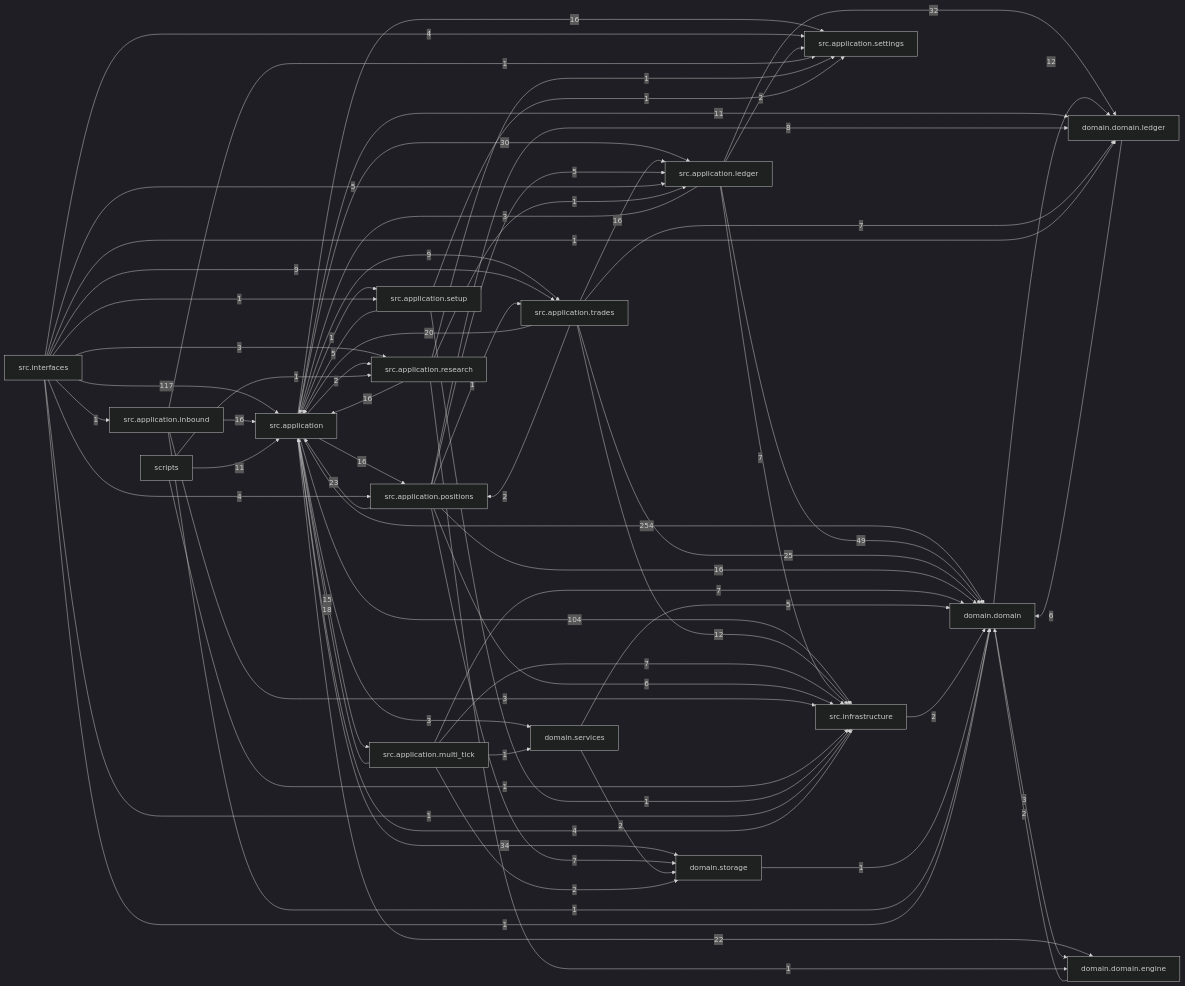
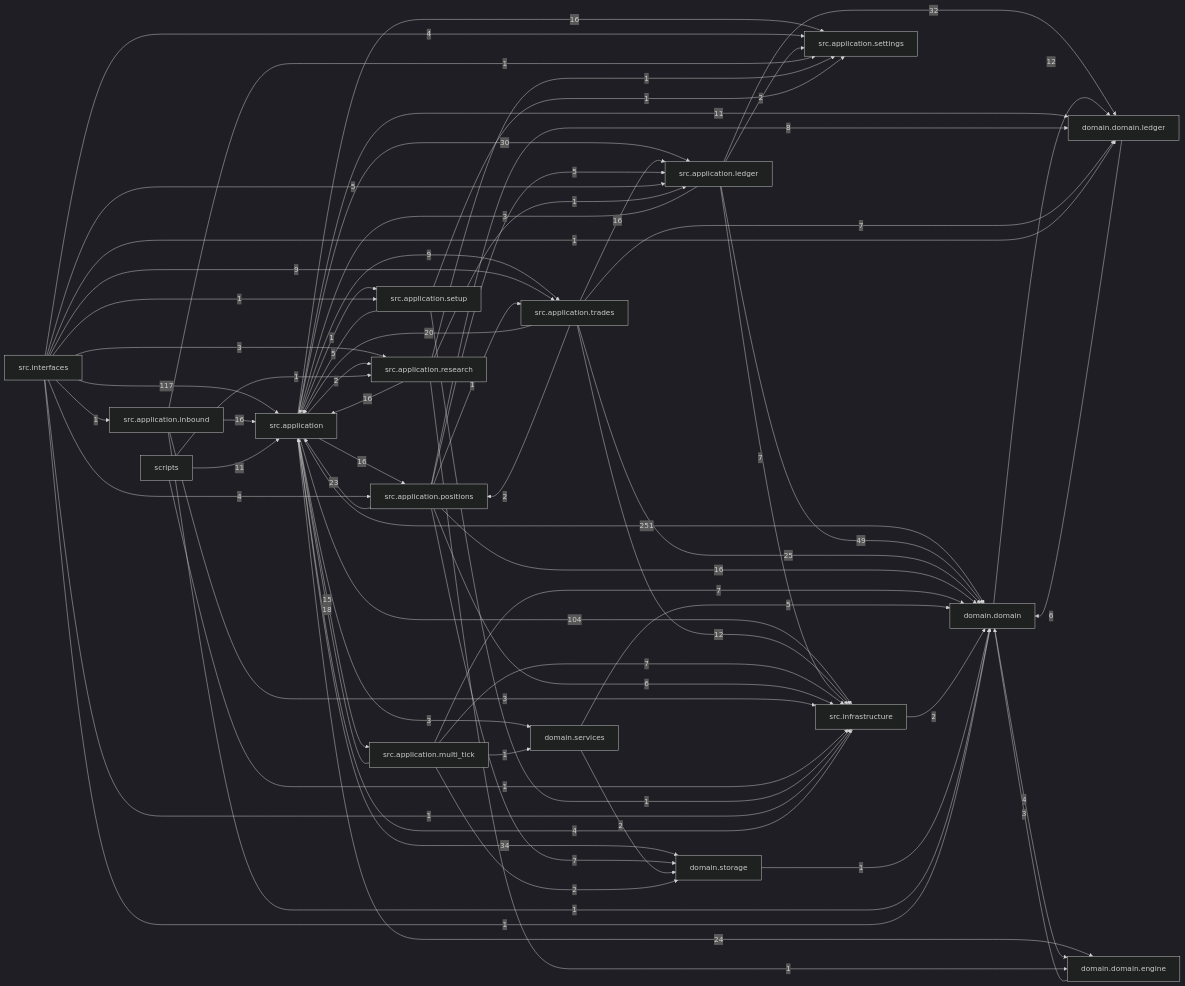
Before and after one commit to liuxie066/options-monitor: the diagram in docs/dependency_graph.mmd, drawn with Mermaid (dark theme). The commit also changed 32 other files, not shown here.

```diff
--- a/docs/dependency_graph.mmd
+++ b/docs/dependency_graph.mmd
@@ -1,71 +1,71 @@
 flowchart LR
-  src_application["src.application"] -->|254| domain_domain["domain.domain"]
+  src_application["src.application"] -->|251| domain_domain["domain.domain"]
   src_interfaces["src.interfaces"] -->|117| src_application["src.application"]
   src_application["src.application"] -->|104| src_infrastructure["src.infrastructure"]
   src_application_ledger["src.application.ledger"] -->|49| domain_domain["domain.domain"]
   src_application["src.application"] -->|34| domain_storage["domain.storage"]
   src_application_ledger["src.application.ledger"] -->|32| domain_domain_ledger["domain.domain.ledger"]
   src_application["src.application"] -->|30| src_application_ledger["src.application.ledger"]
   src_application_trades["src.application.trades"] -->|25| domain_domain["domain.domain"]
+  src_application["src.application"] -->|24| domain_domain_engine["domain.domain.engine"]
   src_application_positions["src.application.positions"] -->|23| src_application["src.application"]
-  src_application["src.application"] -->|22| domain_domain_engine["domain.domain.engine"]
   src_application_trades["src.application.trades"] -->|20| src_application["src.application"]
   src_application_multi_tick["src.application.multi_tick"] -->|18| src_application["src.application"]
   src_application["src.application"] -->|16| src_application_positions["src.application.positions"]
   src_application["src.application"] -->|16| src_application_settings["src.application.settings"]
   src_application_inbound["src.application.inbound"] -->|16| src_application["src.application"]
   src_application_positions["src.application.positions"] -->|16| domain_domain["domain.domain"]
   src_application_research["src.application.research"] -->|16| src_application["src.application"]
   src_application_trades["src.application.trades"] -->|16| src_application_ledger["src.application.ledger"]
   src_application["src.application"] -->|15| src_application_multi_tick["src.application.multi_tick"]
   domain_domain["domain.domain"] -->|12| domain_domain_ledger["domain.domain.ledger"]
   src_application_trades["src.application.trades"] -->|12| src_infrastructure["src.infrastructure"]
   scripts["scripts"] -->|11| src_application["src.application"]
   src_application["src.application"] -->|11| domain_domain_ledger["domain.domain.ledger"]
   src_application["src.application"] -->|9| src_application_trades["src.application.trades"]
   src_interfaces["src.interfaces"] -->|9| src_application_trades["src.application.trades"]
   src_application_positions["src.application.positions"] -->|8| domain_domain_ledger["domain.domain.ledger"]
   src_application_ledger["src.application.ledger"] -->|7| src_infrastructure["src.infrastructure"]
   src_application_multi_tick["src.application.multi_tick"] -->|7| domain_domain["domain.domain"]
   src_application_multi_tick["src.application.multi_tick"] -->|7| src_infrastructure["src.infrastructure"]
   src_application_positions["src.application.positions"] -->|7| domain_storage["domain.storage"]
   src_application_trades["src.application.trades"] -->|7| domain_domain_ledger["domain.domain.ledger"]
   domain_domain_ledger["domain.domain.ledger"] -->|6| domain_domain["domain.domain"]
   src_application_positions["src.application.positions"] -->|6| src_infrastructure["src.infrastructure"]
   domain_services["domain.services"] -->|5| domain_domain["domain.domain"]
   src_application_positions["src.application.positions"] -->|5| src_application_ledger["src.application.ledger"]
   src_application_setup["src.application.setup"] -->|5| src_application["src.application"]
   src_interfaces["src.interfaces"] -->|5| src_application_ledger["src.application.ledger"]
+  domain_domain["domain.domain"] -->|4| domain_domain_engine["domain.domain.engine"]
   src_infrastructure["src.infrastructure"] -->|4| src_application["src.application"]
   src_interfaces["src.interfaces"] -->|4| src_application_positions["src.application.positions"]
   src_interfaces["src.interfaces"] -->|4| src_application_settings["src.application.settings"]
-  domain_domain["domain.domain"] -->|3| domain_domain_engine["domain.domain.engine"]
+  domain_domain_engine["domain.domain.engine"] -->|3| domain_domain["domain.domain"]
   src_application["src.application"] -->|3| domain_services["domain.services"]
   src_application_inbound["src.application.inbound"] -->|3| src_infrastructure["src.infrastructure"]
   src_application_ledger["src.application.ledger"] -->|3| src_application["src.application"]
   src_interfaces["src.interfaces"] -->|3| src_application_research["src.application.research"]
-  domain_domain_engine["domain.domain.engine"] -->|2| domain_domain["domain.domain"]
   domain_services["domain.services"] -->|2| domain_storage["domain.storage"]
   src_application["src.application"] -->|2| src_application_research["src.application.research"]
   src_application_ledger["src.application.ledger"] -->|2| src_application_settings["src.application.settings"]
   src_application_multi_tick["src.application.multi_tick"] -->|2| domain_storage["domain.storage"]
   src_application_trades["src.application.trades"] -->|2| src_application_positions["src.application.positions"]
   src_infrastructure["src.infrastructure"] -->|2| domain_domain["domain.domain"]
   domain_storage["domain.storage"] -->|1| domain_domain["domain.domain"]
   scripts["scripts"] -->|1| src_application_research["src.application.research"]
   scripts["scripts"] -->|1| src_infrastructure["src.infrastructure"]
   src_application["src.application"] -->|1| src_application_setup["src.application.setup"]
   src_application_inbound["src.application.inbound"] -->|1| domain_domain["domain.domain"]
   src_application_inbound["src.application.inbound"] -->|1| src_application_settings["src.application.settings"]
   src_application_multi_tick["src.application.multi_tick"] -->|1| domain_services["domain.services"]
   src_application_positions["src.application.positions"] -->|1| src_application_trades["src.application.trades"]
   src_application_research["src.application.research"] -->|1| domain_domain_engine["domain.domain.engine"]
   src_application_research["src.application.research"] -->|1| src_application_ledger["src.application.ledger"]
   src_application_research["src.application.research"] -->|1| src_application_settings["src.application.settings"]
   src_application_setup["src.application.setup"] -->|1| src_application_settings["src.application.settings"]
   src_application_setup["src.application.setup"] -->|1| src_infrastructure["src.infrastructure"]
   src_interfaces["src.interfaces"] -->|1| domain_domain["domain.domain"]
   src_interfaces["src.interfaces"] -->|1| domain_domain_ledger["domain.domain.ledger"]
   src_interfaces["src.interfaces"] -->|1| src_application_inbound["src.application.inbound"]
   src_interfaces["src.interfaces"] -->|1| src_application_setup["src.application.setup"]
   src_interfaces["src.interfaces"] -->|1| src_infrastructure["src.infrastructure"]
```
